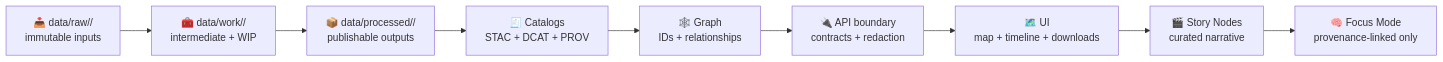
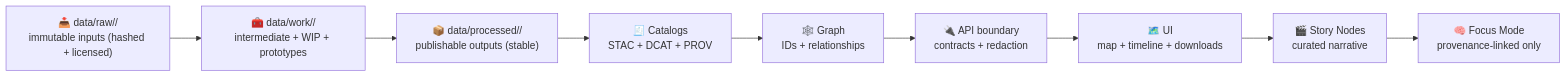
Before and after one commit to bartytime4life/Kansas-Frontier-Matrix: the first of 2 diagrams in data/work/README.md, drawn with Mermaid. The commit also changed other lines of this file, not shown here.

````diff
--- a/data/work/README.md
+++ b/data/work/README.md
@@ -148,11 +211,11 @@
 ```mermaid
 flowchart LR
-  RAW["📥 data/raw/<domain>/\nimmutable inputs"] --> WORK["🧰 data/work/<domain>/\nintermediate + WIP"]
-  WORK --> PROC["📦 data/processed/<domain>/\npublishable outputs"]
+  RAW["📥 data/raw/<domain>/\nimmutable inputs (hashed + licensed)"] --> WORK["🧰 data/work/<domain>/\nintermediate + WIP + prototypes"]
+  WORK --> PROC["📦 data/processed/<domain>/\npublishable outputs (stable)"]
   PROC --> CATS["🧾 Catalogs\nSTAC + DCAT + PROV"]
   CATS --> GRAPH["🕸️ Graph\nIDs + relationships"]
   GRAPH --> API["🔌 API boundary\ncontracts + redaction"]
   API --> UI["🗺️ UI\nmap + timeline + downloads"]
   UI --> STORY["🎬 Story Nodes\ncurated narrative"]
   STORY --> FOCUS["🧠 Focus Mode\nprovenance-linked only"]
 ```
````
